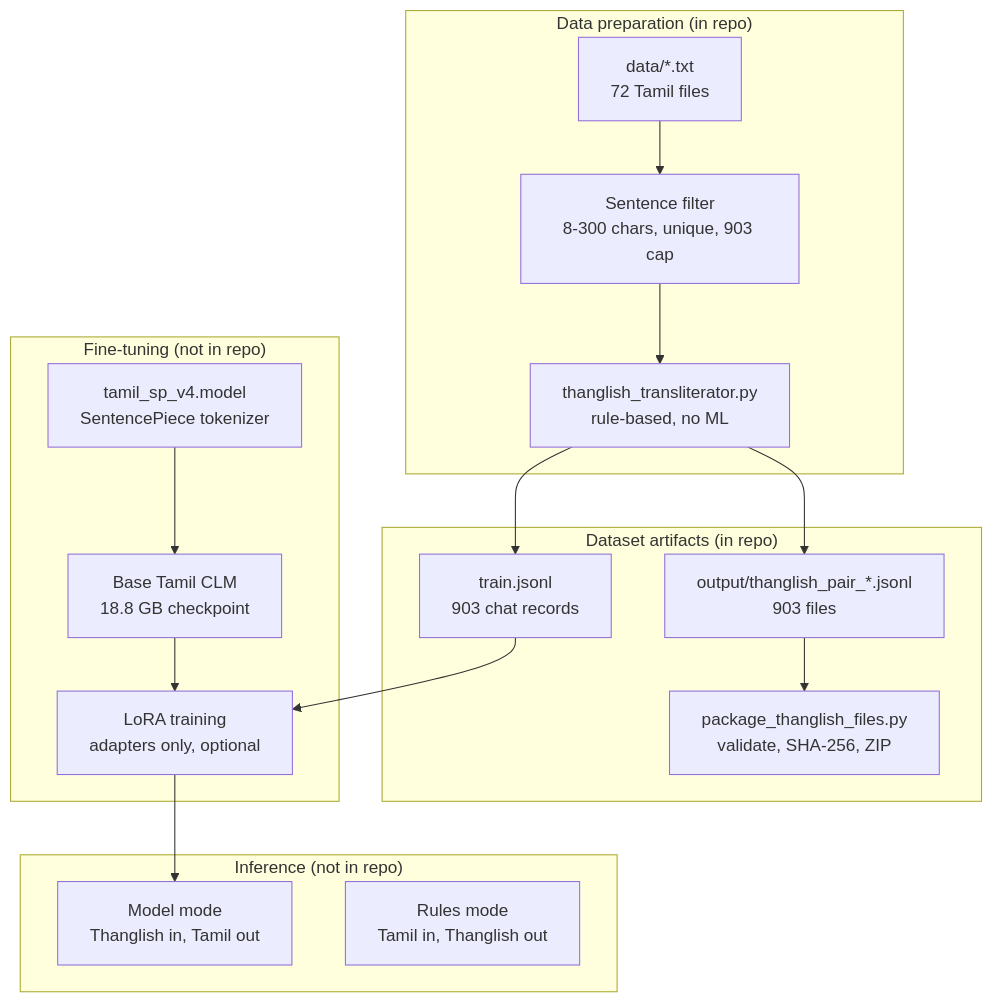
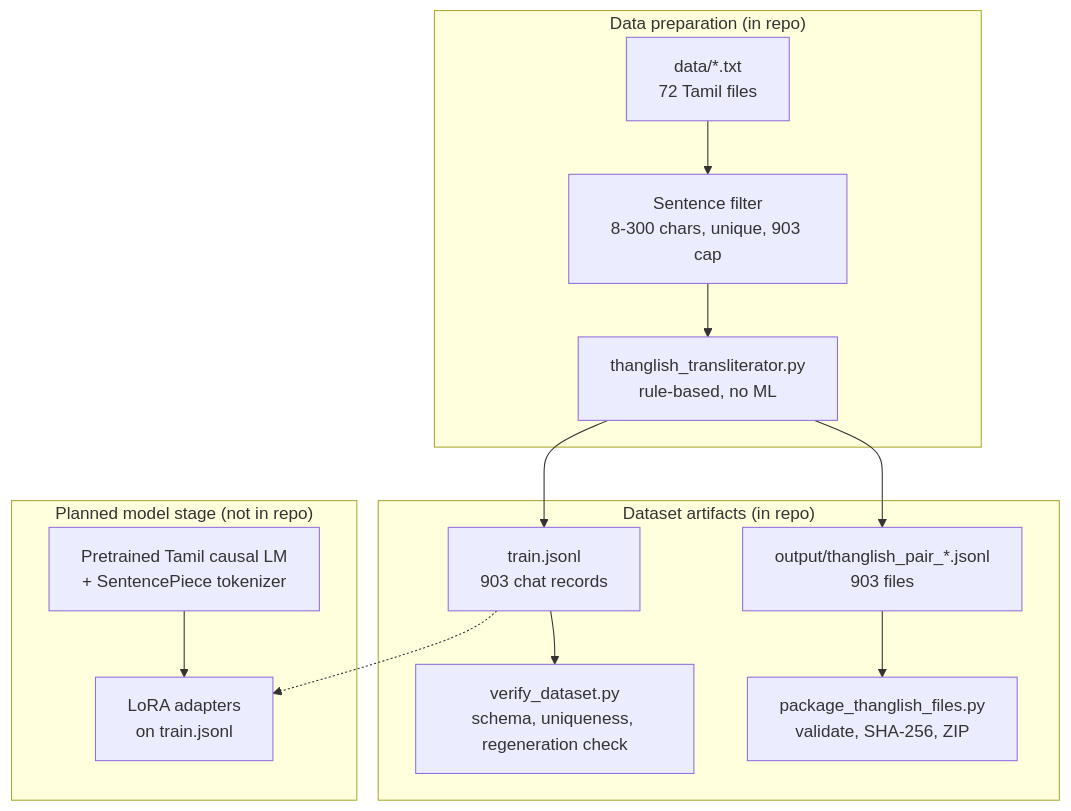
One commit to saivimenthanvl-ai/thanglish-agent changed the diagram in README.md. Above: the diagram before and after it, drawn with Mermaid. The commit also changed other lines of this file and 4 other files, not shown here.

````diff
--- a/README.md
+++ b/README.md
@@ -13,25 +11,21 @@
 ```mermaid
 flowchart TD
     subgraph PREP["Data preparation (in repo)"]
         A["data/*.txt<br/>72 Tamil files"] --> B["Sentence filter<br/>8-300 chars, unique, 903 cap"]
         B --> C["thanglish_transliterator.py<br/>rule-based, no ML"]
     end
     subgraph ART["Dataset artifacts (in repo)"]
         D["train.jsonl<br/>903 chat records"]
         E["output/thanglish_pair_*.jsonl<br/>903 files"]
+        V["verify_dataset.py<br/>schema, uniqueness, regeneration check"]
         F["package_thanglish_files.py<br/>validate, SHA-256, ZIP"]
+        D --> V
         E --> F
     end
-    subgraph FT["Fine-tuning (not in repo)"]
-        G["tamil_sp_v4.model<br/>SentencePiece tokenizer"] --> H["Base Tamil CLM<br/>18.8 GB checkpoint"]
-        H --> I["LoRA training<br/>adapters only, optional"]
-    end
-    subgraph INF["Inference (not in repo)"]
-        J["Model mode<br/>Thanglish in, Tamil out"]
-        K["Rules mode<br/>Tamil in, Thanglish out"]
+    subgraph PLAN["Planned model stage (not in repo)"]
+        G["Pretrained Tamil causal LM<br/>+ SentencePiece tokenizer"] --> I["LoRA adapters<br/>on train.jsonl"]
     end
     C --> D
     C --> E
-    D --> I
-    I --> J
+    D -.-> I
 ```
````
